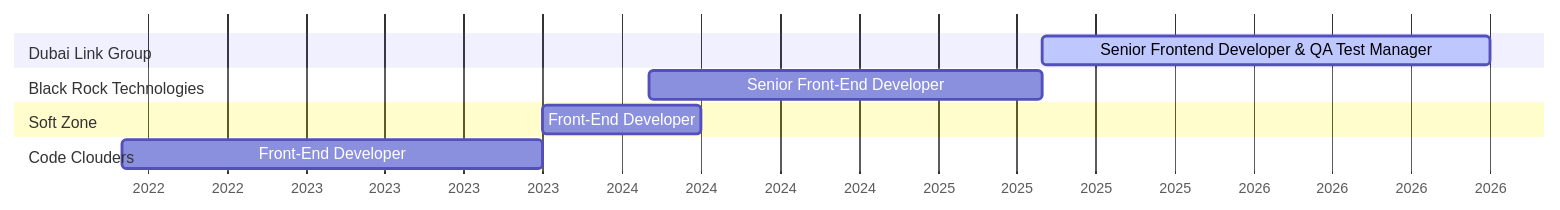
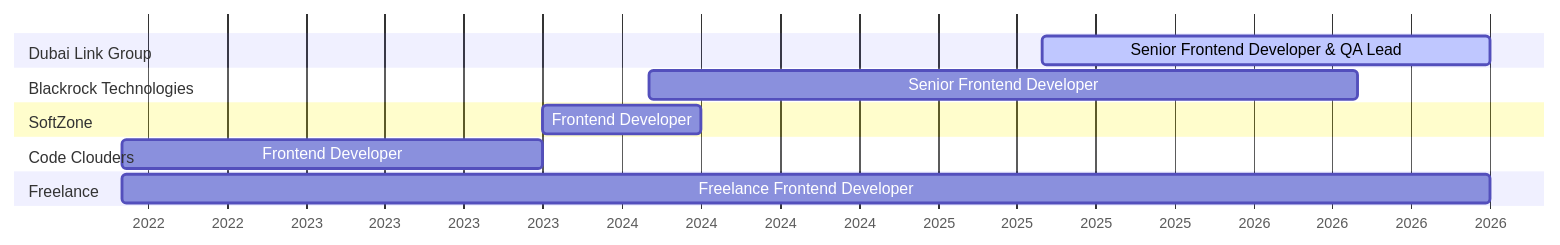
One commit to NermeenShehab/NermeenShehab changed the first of 2 diagrams in README.md. Above: the diagram before and after it, drawn with Mermaid. The commit also changed other lines of this file, not shown here.

Commit message:
Update profile README: align with CV and LinkedIn, new quarterly commit chart

````diff
--- a/README.md
+++ b/README.md
@@ -33,13 +33,15 @@
 ```mermaid
 gantt
     dateFormat YYYY-MM
     axisFormat %Y
     section Dubai Link Group
-    Senior Frontend Developer & QA Test Manager :active, 2025-05, 2026-10
-    section Black Rock Technologies
-    Senior Front-End Developer :2024-02, 2025-05
-    section Soft Zone
-    Front-End Developer :2023-10, 2024-04
+    Senior Frontend Developer & QA Lead :active, 2025-05, 2026-10
+    section Blackrock Technologies
+    Senior Frontend Developer :2024-02, 2026-05
+    section SoftZone
+    Frontend Developer :2023-10, 2024-04
     section Code Clouders
-    Front-End Developer :2022-06, 2023-10
+    Frontend Developer :2022-06, 2023-10
+    section Freelance
+    Freelance Frontend Developer :2022-06, 2026-10
 ```
````
